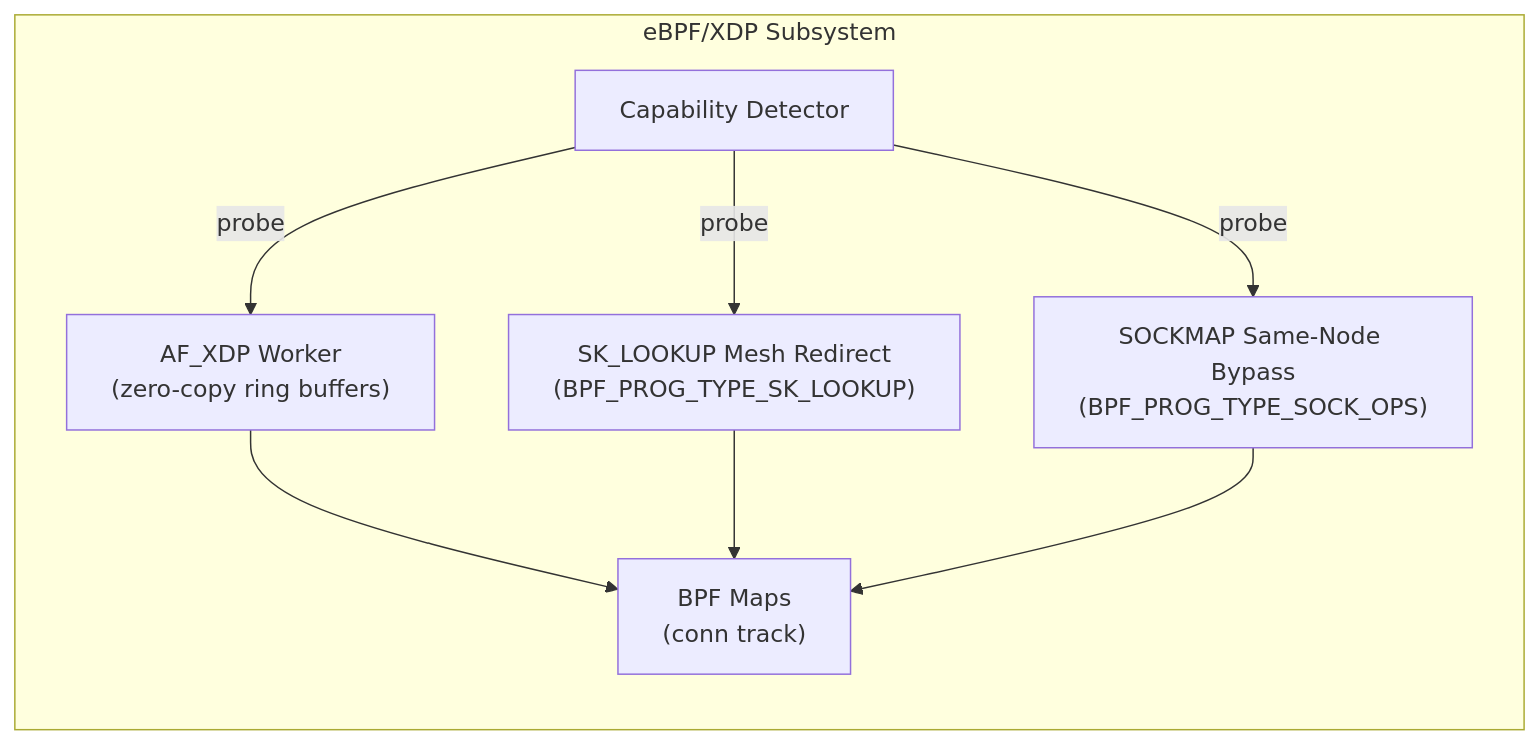
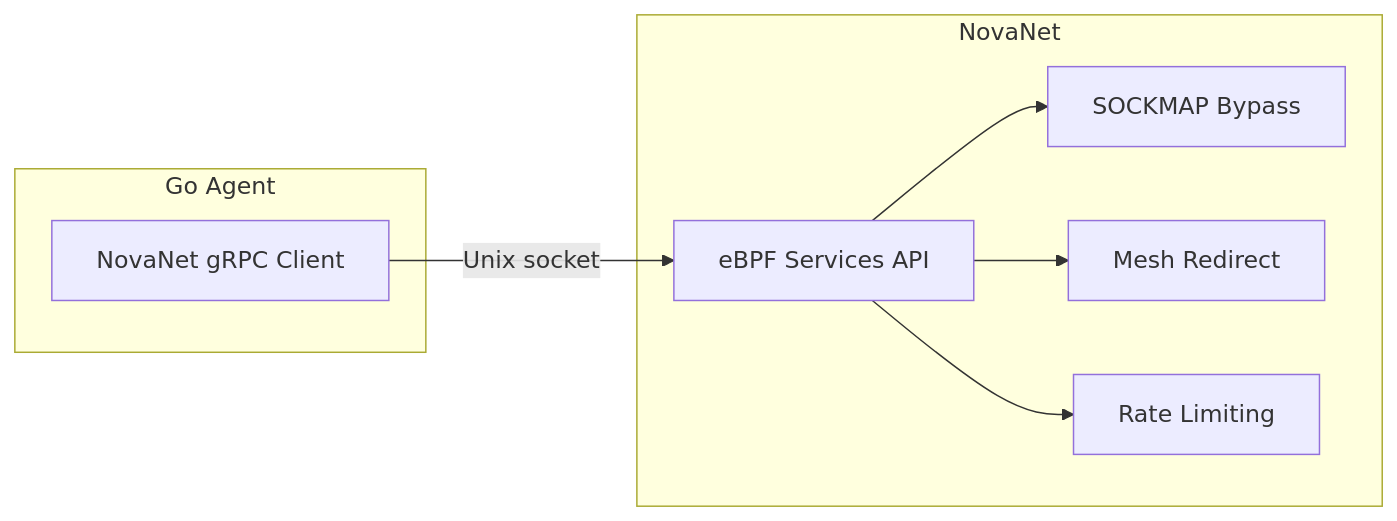
One commit to azrtydxb/novaedge changed diagram 14 of 16 in docs/architecture/components.md. Above: the diagram before and after it, drawn with Mermaid. The commit also changed other lines of this file and 8 other files, not shown here.

First line of the commit message:
docs: update for eBPF removal and NovaNet integration

````diff
--- a/docs/architecture/components.md
+++ b/docs/architecture/components.md
@@ -439,15 +430,16 @@
 ```mermaid
 flowchart LR
-    subgraph eBPFSubsystem["eBPF/XDP Subsystem"]
-        CAP["Capability Detector"]
-        AFXDP["AF_XDP Worker<br/>(zero-copy ring buffers)"]
-        SKLOOKUP["SK_LOOKUP Mesh Redirect<br/>(BPF_PROG_TYPE_SK_LOOKUP)"]
-        SOCKMAP["SOCKMAP Same-Node Bypass<br/>(BPF_PROG_TYPE_SOCK_OPS)"]
-        MAPS["BPF Maps<br/>(conn track)"]
+    subgraph Agent["Go Agent"]
+        GC["NovaNet gRPC Client"]
     end
 
-    CAP -->|"probe"| AFXDP & SKLOOKUP & SOCKMAP
-    AFXDP --> MAPS
-    SKLOOKUP --> MAPS
-    SOCKMAP --> MAPS
+    subgraph NovaNet["NovaNet"]
+        SVC["eBPF Services API"]
+        SOCKMAP["SOCKMAP Bypass"]
+        SKLOOKUP["Mesh Redirect"]
+        RL["Rate Limiting"]
+    end
+
+    GC -->|"Unix socket"| SVC
+    SVC --> SOCKMAP & SKLOOKUP & RL
 ```
````
